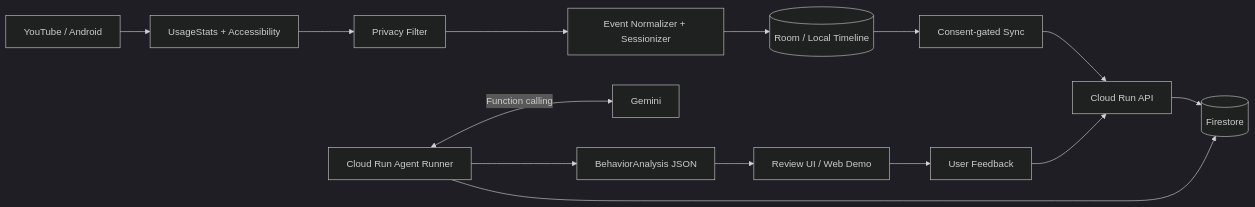
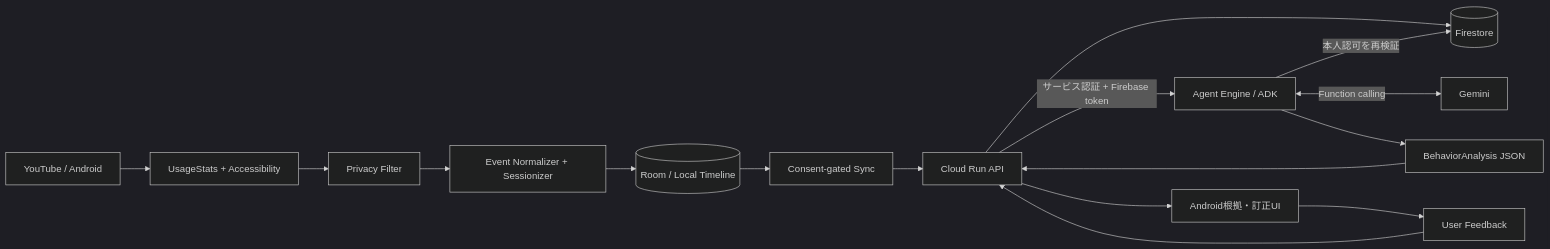
The first of 2 diagrams in docs/architecture/OVERVIEW.md (ATworks-np/dopadopa), drawn with Mermaid (dark theme) before and after one commit. The commit also changed other lines of this file and 4 other files, not shown here.

Commit message:
docs(DG-016): align README and architecture with current Engine deployment

````diff
--- a/docs/architecture/OVERVIEW.md
+++ b/docs/architecture/OVERVIEW.md
@@ -3,16 +3,18 @@
 ```mermaid
 flowchart LR
     A[YouTube / Android] --> B[UsageStats + Accessibility]
     B --> C[Privacy Filter]
     C --> D[Event Normalizer + Sessionizer]
     D --> E[(Room / Local Timeline)]
     E --> F[Consent-gated Sync]
     F --> G[Cloud Run API]
     G --> H[(Firestore)]
-    I[Cloud Run Agent Runner] --> H
+    G -->|サービス認証 + Firebase token| I[Agent Engine / ADK]
+    I -->|本人認可を再検証| H
     I <-->|Function calling| J[Gemini]
     I --> K[BehaviorAnalysis JSON]
-    K --> L[Review UI / Web Demo]
+    K --> G
+    G --> L[Android根拠・訂正UI]
     L --> M[User Feedback]
     M --> G
 ```
````
